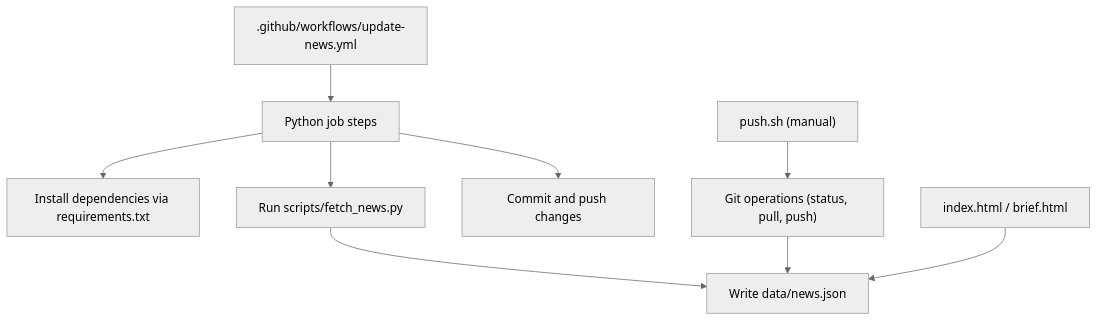
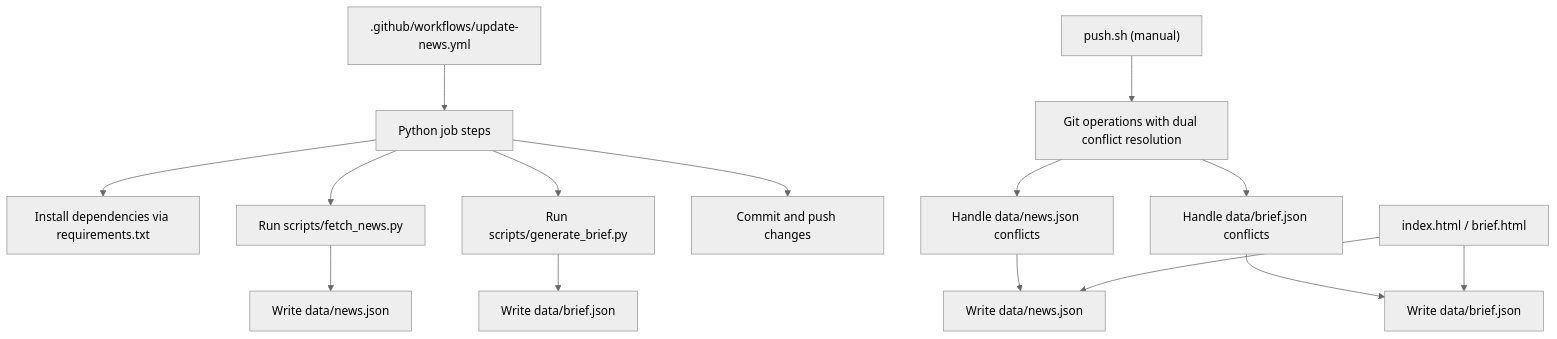
The first of 8 diagrams in .qoder/repowiki/en/content/Deployment & Automation.md (junxie01/daily_news), drawn with Mermaid (neutral theme) before and after one commit. The commit also changed other lines of this file and 3 other files, not shown here.

````diff
--- a/.qoder/repowiki/en/content/Deployment & Automation.md
+++ b/.qoder/repowiki/en/content/Deployment & Automation.md
@@ -42,11 +53,17 @@
 ```mermaid
 graph TB
 A[".github/workflows/update-news.yml"] --> B["Python job steps"]
 B --> C["Install dependencies via requirements.txt"]
 B --> D["Run scripts/fetch_news.py"]
 D --> E["Write data/news.json"]
-B --> F["Commit and push changes"]
-G["push.sh (manual)"] --> H["Git operations (status, pull, push)"]
-H --> E
-I["index.html / brief.html"] --> E
+B --> F["Run scripts/generate_brief.py"]
+F --> G["Write data/brief.json"]
+B --> H["Commit and push changes"]
+I["push.sh (manual)"] --> J["Git operations with dual conflict resolution"]
+J --> K["Handle data/news.json conflicts"]
+J --> L["Handle data/brief.json conflicts"]
+K --> M["Write data/news.json"]
+L --> N["Write data/brief.json"]
+O["index.html / brief.html"] --> M
+O --> N
 ```
````
